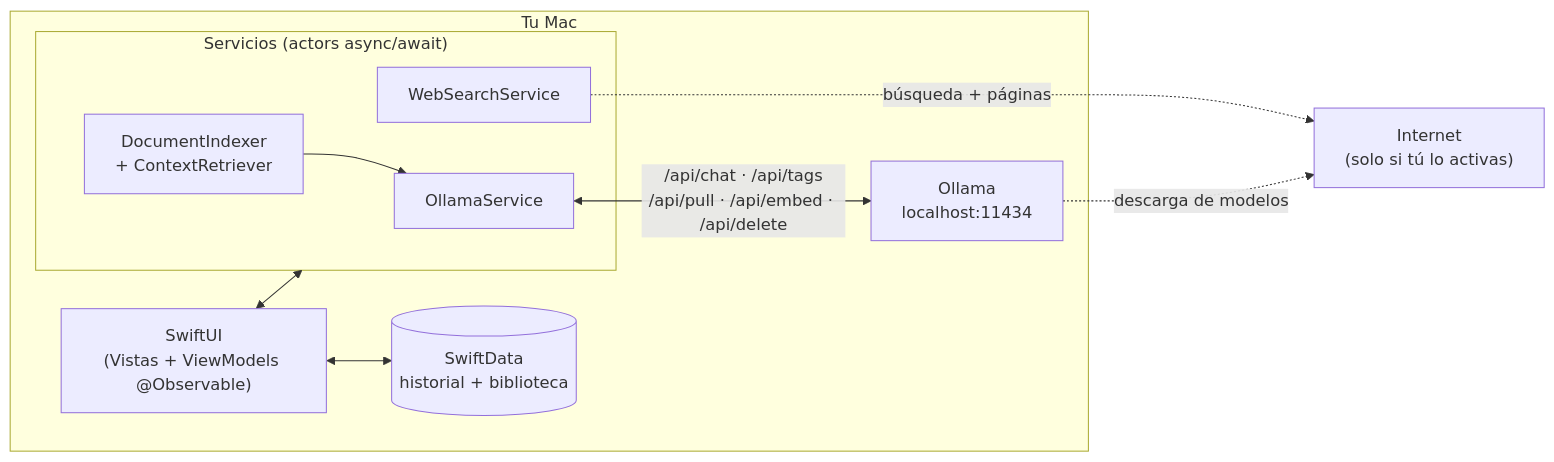
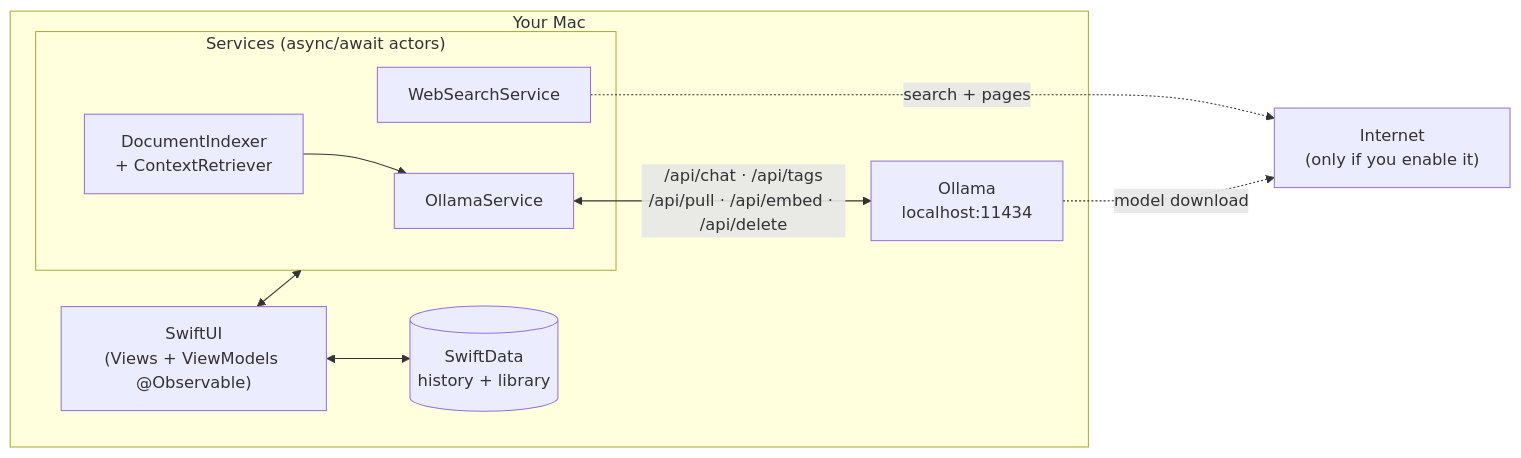
Before and after one commit to juanmmm21/local-llm-studio: the diagram in README.md, drawn with Mermaid. The commit also changed other lines of this file, not shown here.

````diff
--- a/README.md
+++ b/README.md
@@ -81,21 +81,21 @@
 ```mermaid
 flowchart LR
-    subgraph Mac["Tu Mac"]
-        UI["SwiftUI<br/>(Vistas + ViewModels @Observable)"]
-        SD[("SwiftData<br/>historial + biblioteca")]
-        subgraph Servicios["Servicios (actors async/await)"]
+    subgraph Mac["Your Mac"]
+        UI["SwiftUI<br/>(Views + ViewModels @Observable)"]
+        SD[("SwiftData<br/>history + library")]
+        subgraph Servicios["Services (async/await actors)"]
             OS["OllamaService"]
             RAG["DocumentIndexer<br/>+ ContextRetriever"]
             WS["WebSearchService"]
         end
         OLL["Ollama<br/>localhost:11434"]
     end
-    WEB["Internet<br/>(solo si tú lo activas)"]
+    WEB["Internet<br/>(only if you enable it)"]
 
     UI <--> SD
     UI <--> Servicios
     OS <-->|"/api/chat · /api/tags<br/>/api/pull · /api/embed · /api/delete"| OLL
     RAG --> OS
-    WS -.->|"búsqueda + páginas"| WEB
-    OLL -.->|"descarga de modelos"| WEB
+    WS -.->|"search + pages"| WEB
+    OLL -.->|"model download"| WEB
 ```
````
